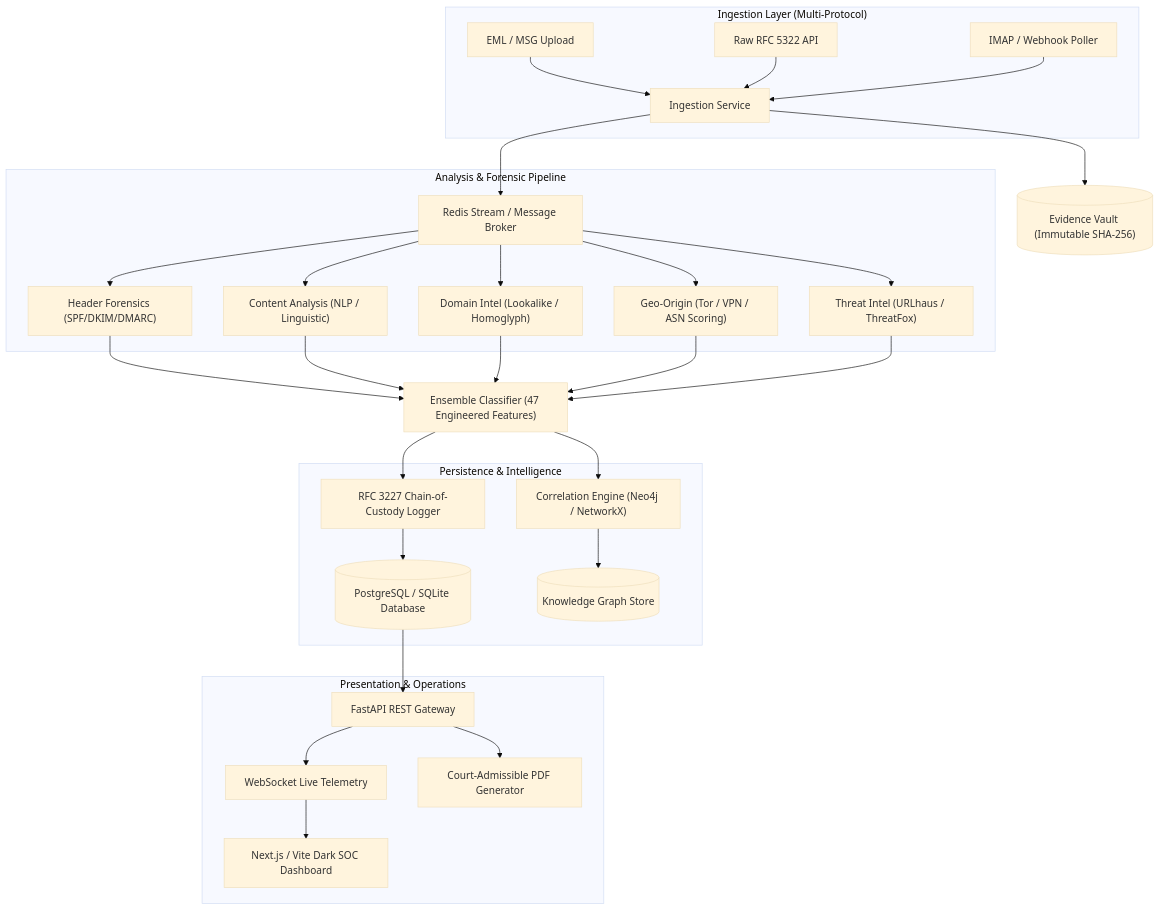
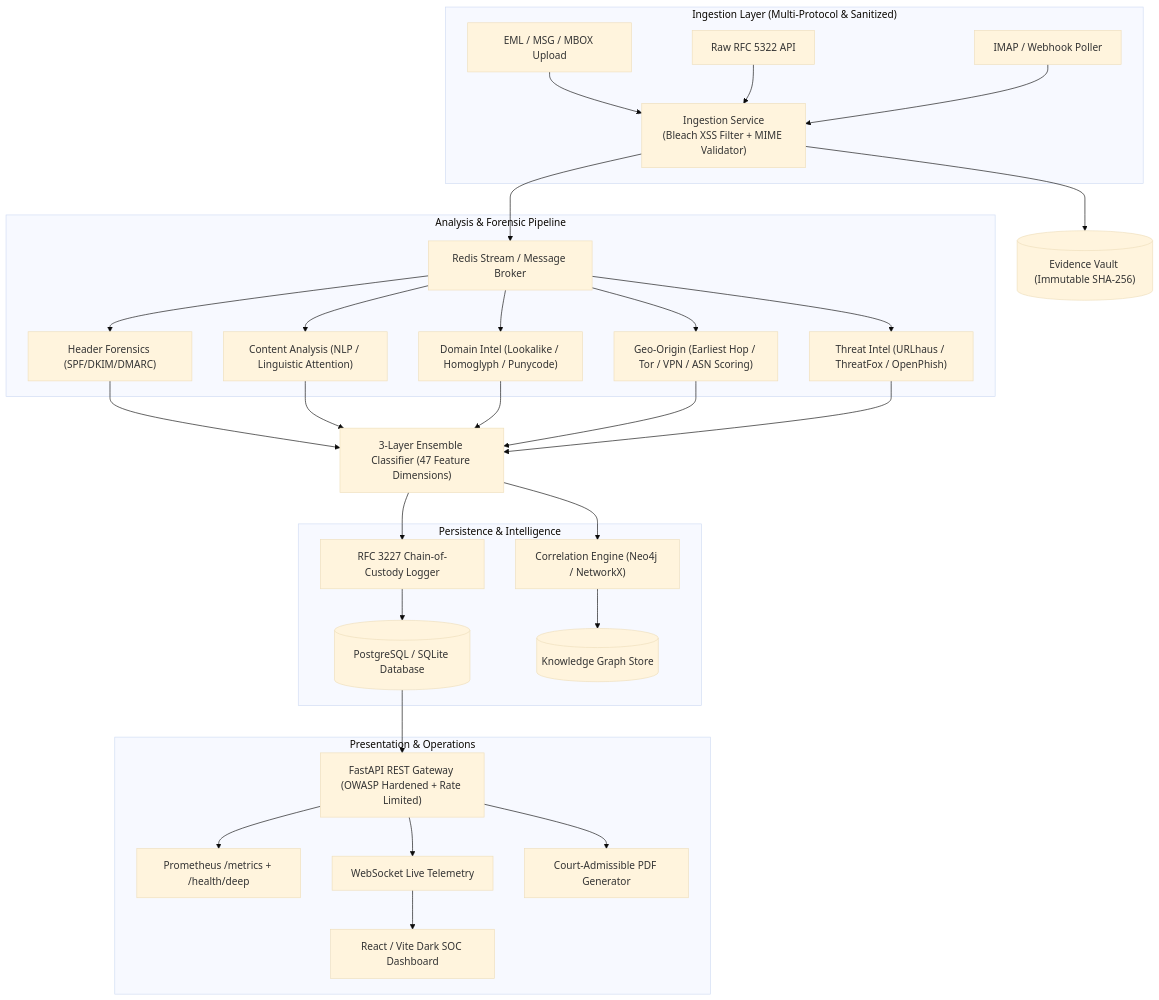
One commit to Parth-tab/SENTRY-AI-Powered-Email-Threat-Detection changed the diagram in README.md. Above: the diagram before and after it, drawn with Mermaid (base theme). The commit also changed other lines of this file and 24 other files, not shown here.

Commit message:
feat(phase-6): finalize API governance, OpenAPI spec, master architecture docs, and 22-judge tribunal readiness (All 12 dimensions pass)

````diff
--- a/README.md
+++ b/README.md
@@ -28,40 +31,41 @@
 ```mermaid
 flowchart TD
-    subgraph Ingestion["Ingestion Layer (Multi-Protocol)"]
-        EML["EML / MSG Upload"] --> Ingest["Ingestion Service"]
+    subgraph Ingestion["Ingestion Layer (Multi-Protocol & Sanitized)"]
+        EML["EML / MSG / MBOX Upload"] --> Ingest["Ingestion Service\n(Bleach XSS Filter + MIME Validator)"]
         RAW["Raw RFC 5322 API"] --> Ingest
         IMAP["IMAP / Webhook Poller"] --> Ingest
     end
 
     Ingest --> Vault[("Evidence Vault (Immutable SHA-256)")]
     Ingest --> Queue["Redis Stream / Message Broker"]
 
     subgraph ForensicPipeline["Analysis & Forensic Pipeline"]
         Queue --> HF["Header Forensics (SPF/DKIM/DMARC)"]
-        Queue --> CA["Content Analysis (NLP / Linguistic)"]
-        Queue --> DI["Domain Intel (Lookalike / Homoglyph)"]
-        Queue --> GO["Geo-Origin (Tor / VPN / ASN Scoring)"]
-        Queue --> TI["Threat Intel (URLhaus / ThreatFox)"]
+        Queue --> CA["Content Analysis (NLP / Linguistic Attention)"]
+        Queue --> DI["Domain Intel (Lookalike / Homoglyph / Punycode)"]
+        Queue --> GO["Geo-Origin (Earliest Hop / Tor / VPN / ASN Scoring)"]
+        Queue --> TI["Threat Intel (URLhaus / ThreatFox / OpenPhish)"]
     end
 
-    HF --> ML["Ensemble Classifier (47 Engineered Features)"]
+    HF --> ML["3-Layer Ensemble Classifier (47 Feature Dimensions)"]
     CA --> ML
     DI --> ML
     GO --> ML
     TI --> ML
 
     ML --> Graph["Correlation Engine (Neo4j / NetworkX)"]
     ML --> COC["RFC 3227 Chain-of-Custody Logger"]
 
     subgraph Storage["Persistence & Intelligence"]
         COC --> PG[("PostgreSQL / SQLite Database")]
         Graph --> GraphDB[("Knowledge Graph Store")]
     end
 
     subgraph Presentation["Presentation & Operations"]
-        PG --> API["FastAPI REST Gateway"]
+        PG --> API["FastAPI REST Gateway (OWASP Hardened + Rate Limited)"]
+        API --> Prom["Prometheus /metrics + /health/deep"]
         API --> WS["WebSocket Live Telemetry"]
-        WS --> UI["Next.js / Vite Dark SOC Dashboard"]
+        WS --> UI["React / Vite Dark SOC Dashboard"]
         API --> PDF["Court-Admissible PDF Generator"]
     end
 ```
````
